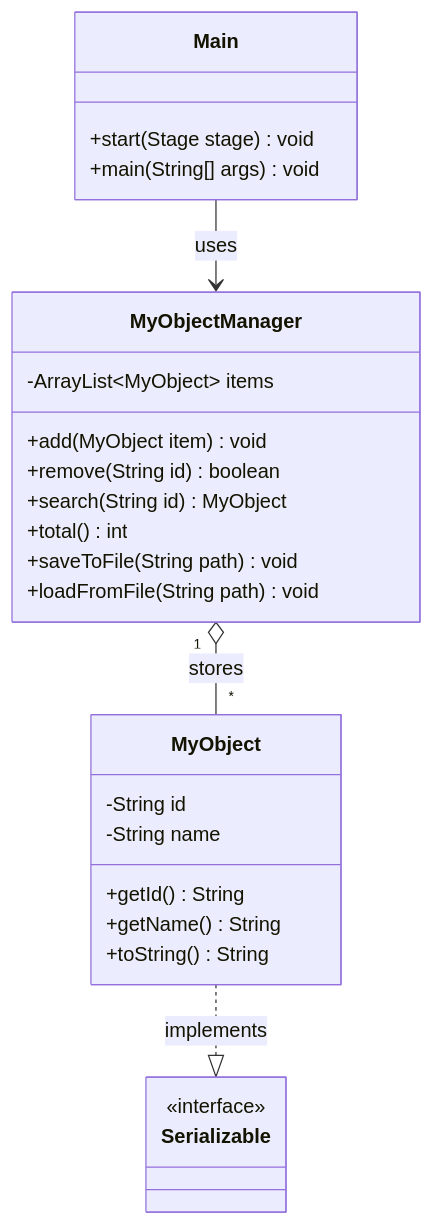
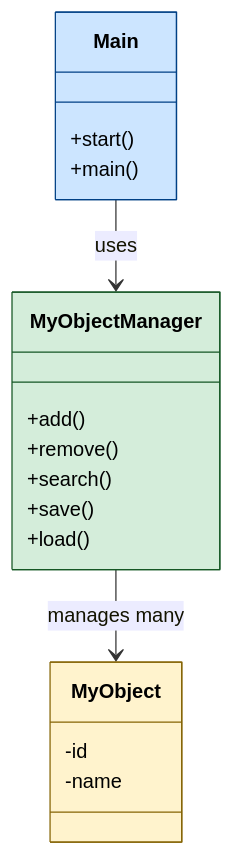
The second of 4 diagrams in project-brief.md (DanielCreggOrganization/aooc-project-template), drawn with Mermaid before and after one commit. The commit also changed other lines of this file, not shown here.

Commit message:
Simplify class diagram and add colour to brief diagrams
- Simplify the "How the classes relate" diagram for beginners: drop the
  Serializable interface, multiplicities, and parameter/return types;
  show only the three core classes with short method names.
- Add colour coding (classDef) to all four mermaid diagrams to make the
  roles of each class/step easier to distinguish.

https://claude.ai/code/session_019EWAcf7mSENF1VHqqMjYY4

````diff
--- a/project-brief.md
+++ b/project-brief.md
@@ -73,29 +80,24 @@
 ```mermaid
 classDiagram
-    class Main {
-        +start(Stage stage) void
-        +main(String[] args) void
+    class Main:::blue {
+        +start()
+        +main()
     }
-    class MyObject {
-        -String id
-        -String name
-        +getId() String
-        +getName() String
-        +toString() String
+    class MyObjectManager:::green {
+        +add()
+        +remove()
+        +search()
+        +save()
+        +load()
     }
-    class MyObjectManager {
-        -ArrayList~MyObject~ items
-        +add(MyObject item) void
-        +remove(String id) boolean
-        +search(String id) MyObject
-        +total() int
-        +saveToFile(String path) void
-        +loadFromFile(String path) void
-    }
-    class Serializable {
-        <<interface>>
+    class MyObject:::amber {
+        -id
+        -name
     }
     Main --> MyObjectManager : uses
-    MyObjectManager "1" o-- "*" MyObject : stores
-    MyObject ..|> Serializable : implements
+    MyObjectManager --> MyObject : manages many
+
+    classDef blue  fill:#cce5ff,stroke:#004085,color:#000
+    classDef green fill:#d4edda,stroke:#155724,color:#000
+    classDef amber fill:#fff3cd,stroke:#856404,color:#000
 ```
````
